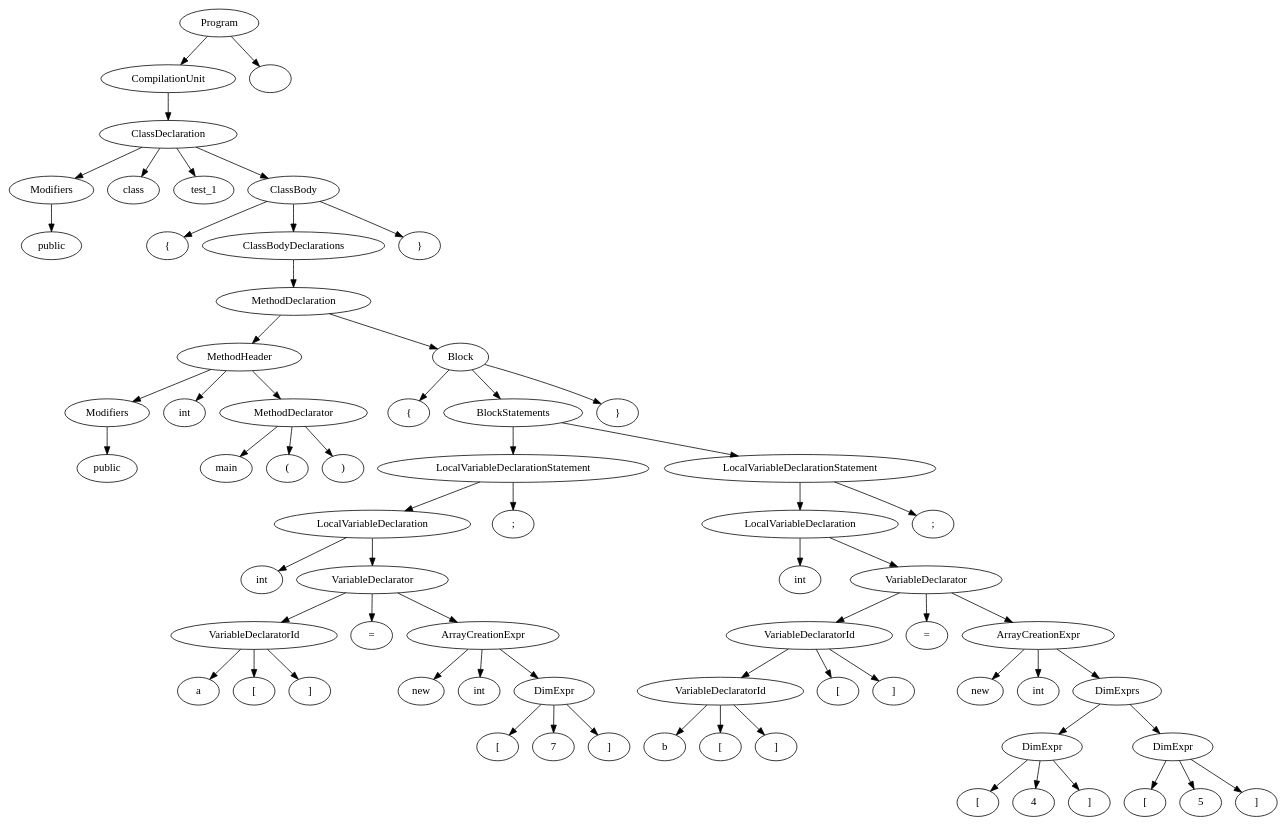
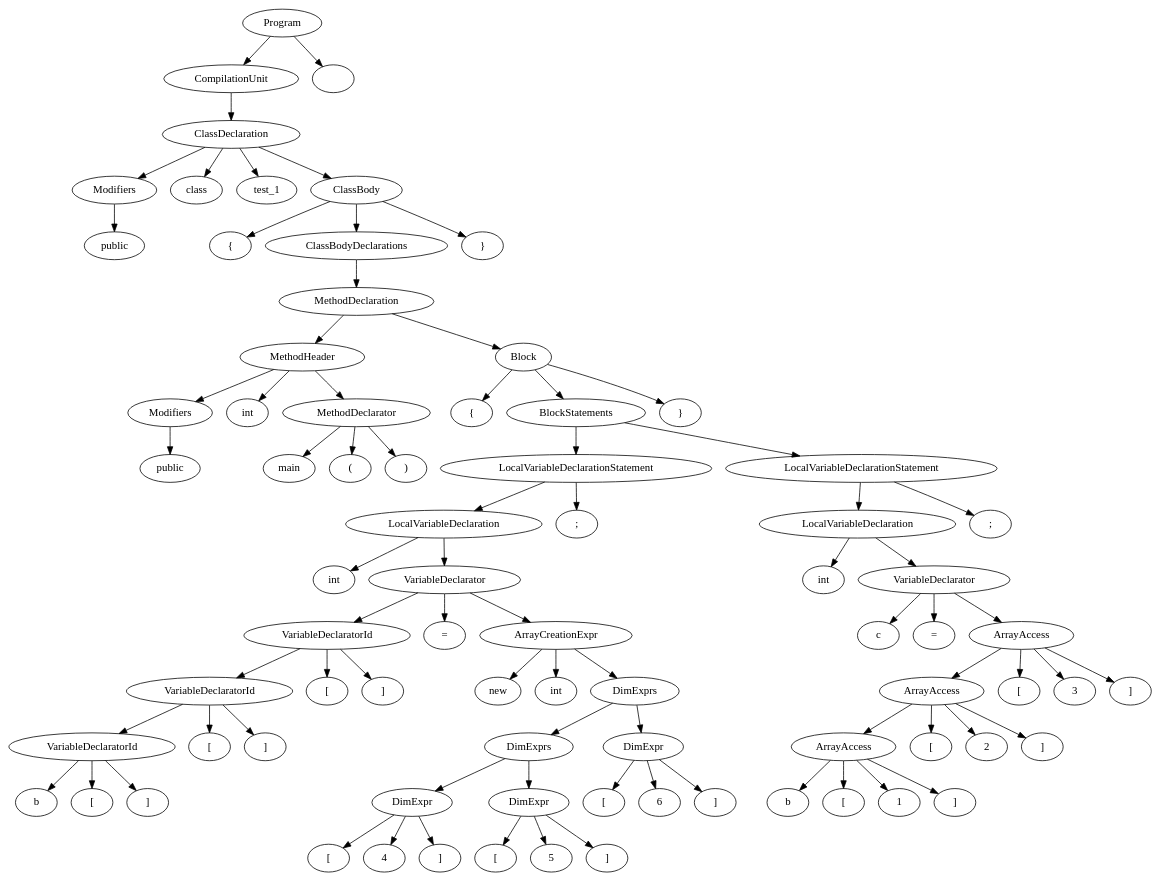
Before and after one commit to sandeepb20/Milestone: the diagram in cs335_project_200530/src/out.dot, drawn with Graphviz. The commit also changed 6 other files, not shown here.

```diff
--- a/cs335_project_200530/src/out.dot
+++ b/cs335_project_200530/src/out.dot
@@ -1,135 +1,157 @@
 digraph G {
 n1 [label="public"]
 n2 [label="Modifiers"]
 n2->n1;
 n3 [label="class"]
 n4 [label="test_1"]
 n5 [label="{"]
 n6 [label="public"]
 n7 [label="Modifiers"]
 n7->n6;
 n8 [label="int"]
 n9 [label="main"]
 n10 [label="("]
 n11 [label=")"]
 n12 [label="MethodDeclarator"]
 n12->n11;
 n12->n10;
 n12->n9;
 n13 [label="MethodHeader"]
 n13->n12;
 n13->n8;
 n13->n7;
 n14 [label="{"]
 n15 [label="int"]
-n16 [label="a"]
+n16 [label="b"]
 n17 [label="["]
 n18 [label="]"]
 n19 [label="VariableDeclaratorId"]
 n19->n18;
 n19->n17;
 n19->n16;
-n20 [label="="]
-n21 [label="new"]
-n22 [label="int"]
+n20 [label="["]
+n21 [label="]"]
+n22 [label="VariableDeclaratorId"]
+n22->n21;
+n22->n20;
+n22->n19;
 n23 [label="["]
-n24 [label="7"]
-n25 [label="]"]
-n26 [label="DimExpr"]
-n26->n25;
-n26->n24;
-n26->n23;
-n27 [label="ArrayCreationExpr"]
-n27->n26;
-n27->n22;
-n27->n21;
-n28 [label="VariableDeclarator"]
-n28->n27;
-n28->n20;
-n28->n19;
-n29 [label="LocalVariableDeclaration"]
-n29->n28;
-n29->n15;
-n30 [label=";"]
-n31 [label="LocalVariableDeclarationStatement"]
-n31->n30;
-n31->n29;
-n32 [label="int"]
-n33 [label="b"]
-n34 [label="["]
+n24 [label="]"]
+n25 [label="VariableDeclaratorId"]
+n25->n24;
+n25->n23;
+n25->n22;
+n26 [label="="]
+n27 [label="new"]
+n28 [label="int"]
+n29 [label="["]
+n30 [label="4"]
+n31 [label="]"]
+n32 [label="DimExpr"]
+n32->n31;
+n32->n30;
+n32->n29;
+n33 [label="["]
+n34 [label="5"]
 n35 [label="]"]
-n36 [label="VariableDeclaratorId"]
+n36 [label="DimExpr"]
 n36->n35;
 n36->n34;
 n36->n33;
-n37 [label="["]
-n38 [label="]"]
-n39 [label="VariableDeclaratorId"]
-n39->n38;
-n39->n37;
-n39->n36;
-n40 [label="="]
-n41 [label="new"]
-n42 [label="int"]
-n43 [label="["]
-n44 [label="4"]
-n45 [label="]"]
-n46 [label="DimExpr"]
-n46->n45;
-n46->n44;
-n46->n43;
-n47 [label="["]
-n48 [label="5"]
-n49 [label="]"]
-n50 [label="DimExpr"]
-n50->n49;
-n50->n48;
-n50->n47;
-n51 [label="DimExprs"]
-n51->n50;
-n51->n46;
-n52 [label="ArrayCreationExpr"]
-n52->n51;
-n52->n42;
-n52->n41;
-n53 [label="VariableDeclarator"]
-n53->n52;
-n53->n40;
-n53->n39;
-n54 [label="LocalVariableDeclaration"]
-n54->n53;
-n54->n32;
-n55 [label=";"]
-n56 [label="LocalVariableDeclarationStatement"]
-n56->n55;
-n56->n54;
-n57 [label="BlockStatements"]
-n57->n56;
-n57->n31;
-n58 [label="}"]
-n59 [label="Block"]
+n37 [label="DimExprs"]
+n37->n36;
+n37->n32;
+n38 [label="["]
+n39 [label="6"]
+n40 [label="]"]
+n41 [label="DimExpr"]
+n41->n40;
+n41->n39;
+n41->n38;
+n42 [label="DimExprs"]
+n42->n41;
+n42->n37;
+n43 [label="ArrayCreationExpr"]
+n43->n42;
+n43->n28;
+n43->n27;
+n44 [label="VariableDeclarator"]
+n44->n43;
+n44->n26;
+n44->n25;
+n45 [label="LocalVariableDeclaration"]
+n45->n44;
+n45->n15;
+n46 [label=";"]
+n47 [label="LocalVariableDeclarationStatement"]
+n47->n46;
+n47->n45;
+n48 [label="int"]
+n49 [label="c"]
+n50 [label="="]
+n51 [label="b"]
+n52 [label="["]
+n53 [label="1"]
+n54 [label="]"]
+n55 [label="ArrayAccess"]
+n55->n54;
+n55->n53;
+n55->n52;
+n55->n51;
+n56 [label="["]
+n57 [label="2"]
+n58 [label="]"]
+n59 [label="ArrayAccess"]
 n59->n58;
 n59->n57;
-n59->n14;
-n60 [label="MethodDeclaration"]
-n60->n59;
-n60->n13;
-n61 [label="ClassBodyDeclarations"]
-n61->n60;
-n62 [label="}"]
-n63 [label="ClassBody"]
+n59->n56;
+n59->n55;
+n60 [label="["]
+n61 [label="3"]
+n62 [label="]"]
+n63 [label="ArrayAccess"]
 n63->n62;
 n63->n61;
-n63->n5;
-n64 [label="ClassDeclaration"]
+n63->n60;
+n63->n59;
+n64 [label="VariableDeclarator"]
 n64->n63;
-n64->n4;
-n64->n3;
-n64->n2;
-n65 [label="CompilationUnit"]
+n64->n50;
+n64->n49;
+n65 [label="LocalVariableDeclaration"]
 n65->n64;
-n66 [label="Program"]
-n66->n67;
-n66->n65;
-n67 [label=""]
+n65->n48;
+n66 [label=";"]
+n67 [label="LocalVariableDeclarationStatement"]
+n67->n66;
+n67->n65;
+n68 [label="BlockStatements"]
+n68->n67;
+n68->n47;
+n69 [label="}"]
+n70 [label="Block"]
+n70->n69;
+n70->n68;
+n70->n14;
+n71 [label="MethodDeclaration"]
+n71->n70;
+n71->n13;
+n72 [label="ClassBodyDeclarations"]
+n72->n71;
+n73 [label="}"]
+n74 [label="ClassBody"]
+n74->n73;
+n74->n72;
+n74->n5;
+n75 [label="ClassDeclaration"]
+n75->n74;
+n75->n4;
+n75->n3;
+n75->n2;
+n76 [label="CompilationUnit"]
+n76->n75;
+n77 [label="Program"]
+n77->n78;
+n77->n76;
+n78 [label=""]
 }
```
